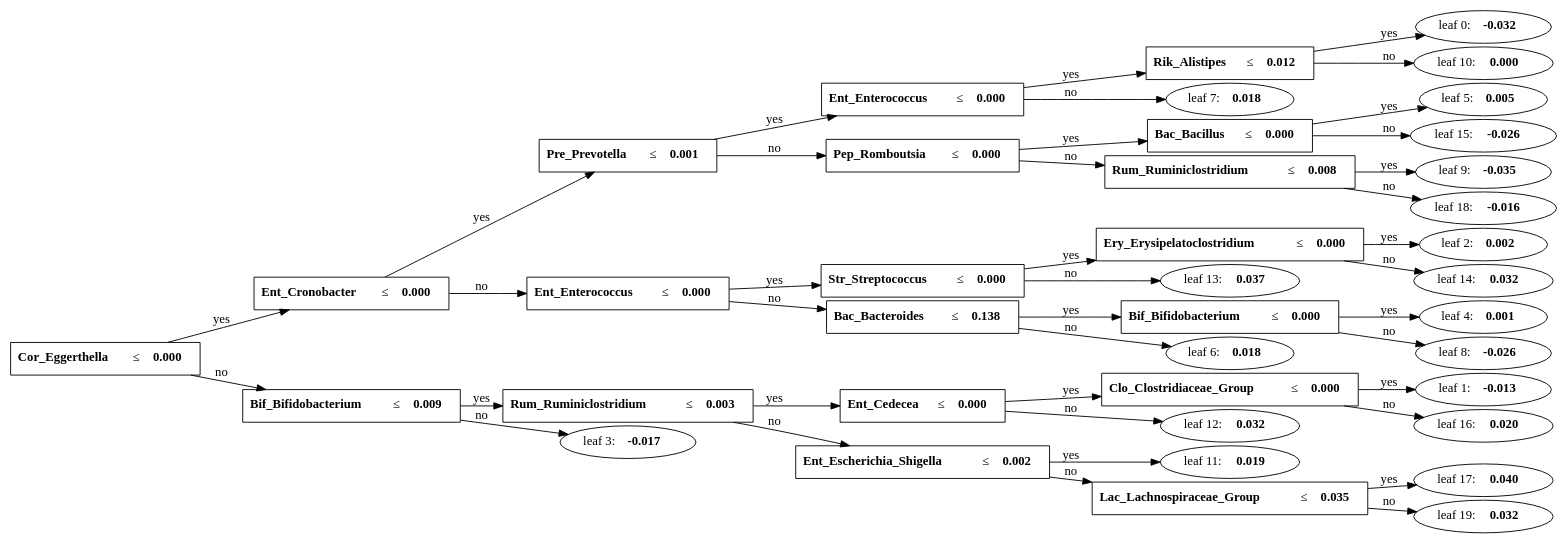
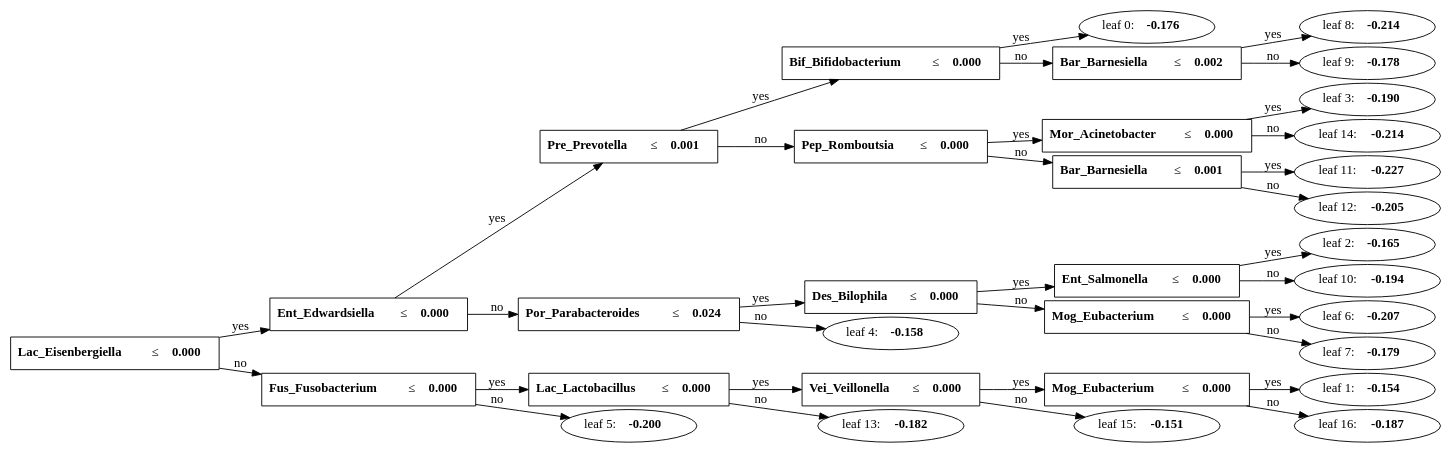
The diagram in microbial biomarkers/Tree_Autoimmune_MD.gv (BruceQD/Microbiome-based-disease-detection), drawn with Graphviz before and after one commit. The commit also changed 4 other files, not shown here.

```diff
--- a/microbial biomarkers/Tree_Autoimmune_MD.gv
+++ b/microbial biomarkers/Tree_Autoimmune_MD.gv
@@ -1,80 +1,68 @@
 digraph Tree_Autoimmune_MD {
 	graph [nodesep=0.05 rankdir=LR ranksep=0.3]
-	split0 [label=<<B>Cor_Eggerthella</B> &#8804; <B>0.000</B>> fillcolor=white shape=rectangle style=""]
-	split1 [label=<<B>Ent_Cronobacter</B> &#8804; <B>0.000</B>> fillcolor=white shape=rectangle style=""]
-	split4 [label=<<B>Pre_Prevotella</B> &#8804; <B>0.001</B>> fillcolor=white shape=rectangle style=""]
-	split6 [label=<<B>Ent_Enterococcus</B> &#8804; <B>0.000</B>> fillcolor=white shape=rectangle style=""]
-	split9 [label=<<B>Rik_Alistipes</B> &#8804; <B>0.012</B>> fillcolor=white shape=rectangle style=""]
-	leaf0 [label=<leaf 0: <B>-0.032</B>>]
-	split9 -> leaf0 [label=yes]
-	leaf10 [label=<leaf 10: <B>0.000</B>>]
+	split0 [label=<<B>Lac_Eisenbergiella</B> &#8804; <B>0.000</B>> fillcolor=white shape=rectangle style=""]
+	split1 [label=<<B>Ent_Edwardsiella</B> &#8804; <B>0.000</B>> fillcolor=white shape=rectangle style=""]
+	split2 [label=<<B>Pre_Prevotella</B> &#8804; <B>0.001</B>> fillcolor=white shape=rectangle style=""]
+	split7 [label=<<B>Bif_Bifidobacterium</B> &#8804; <B>0.000</B>> fillcolor=white shape=rectangle style=""]
+	leaf0 [label=<leaf 0: <B>-0.176</B>>]
+	split7 -> leaf0 [label=yes]
+	split8 [label=<<B>Bar_Barnesiella</B> &#8804; <B>0.002</B>> fillcolor=white shape=rectangle style=""]
+	leaf8 [label=<leaf 8: <B>-0.214</B>>]
+	split8 -> leaf8 [label=yes]
+	leaf9 [label=<leaf 9: <B>-0.178</B>>]
+	split8 -> leaf9 [label=no]
+	split7 -> split8 [label=no]
+	split2 -> split7 [label=yes]
+	split10 [label=<<B>Pep_Romboutsia</B> &#8804; <B>0.000</B>> fillcolor=white shape=rectangle style=""]
+	split13 [label=<<B>Mor_Acinetobacter</B> &#8804; <B>0.000</B>> fillcolor=white shape=rectangle style=""]
+	leaf3 [label=<leaf 3: <B>-0.190</B>>]
+	split13 -> leaf3 [label=yes]
+	leaf14 [label=<leaf 14: <B>-0.214</B>>]
+	split13 -> leaf14 [label=no]
+	split10 -> split13 [label=yes]
+	split11 [label=<<B>Bar_Barnesiella</B> &#8804; <B>0.001</B>> fillcolor=white shape=rectangle style=""]
+	leaf11 [label=<leaf 11: <B>-0.227</B>>]
+	split11 -> leaf11 [label=yes]
+	leaf12 [label=<leaf 12: <B>-0.205</B>>]
+	split11 -> leaf12 [label=no]
+	split10 -> split11 [label=no]
+	split2 -> split10 [label=no]
+	split1 -> split2 [label=yes]
+	split3 [label=<<B>Por_Parabacteroides</B> &#8804; <B>0.024</B>> fillcolor=white shape=rectangle style=""]
+	split5 [label=<<B>Des_Bilophila</B> &#8804; <B>0.000</B>> fillcolor=white shape=rectangle style=""]
+	split9 [label=<<B>Ent_Salmonella</B> &#8804; <B>0.000</B>> fillcolor=white shape=rectangle style=""]
+	leaf2 [label=<leaf 2: <B>-0.165</B>>]
+	split9 -> leaf2 [label=yes]
+	leaf10 [label=<leaf 10: <B>-0.194</B>>]
 	split9 -> leaf10 [label=no]
-	split6 -> split9 [label=yes]
-	leaf7 [label=<leaf 7: <B>0.018</B>>]
+	split5 -> split9 [label=yes]
+	split6 [label=<<B>Mog_Eubacterium</B> &#8804; <B>0.000</B>> fillcolor=white shape=rectangle style=""]
+	leaf6 [label=<leaf 6: <B>-0.207</B>>]
+	split6 -> leaf6 [label=yes]
+	leaf7 [label=<leaf 7: <B>-0.179</B>>]
 	split6 -> leaf7 [label=no]
-	split4 -> split6 [label=yes]
-	split8 [label=<<B>Pep_Romboutsia</B> &#8804; <B>0.000</B>> fillcolor=white shape=rectangle style=""]
-	split14 [label=<<B>Bac_Bacillus</B> &#8804; <B>0.000</B>> fillcolor=white shape=rectangle style=""]
-	leaf5 [label=<leaf 5: <B>0.005</B>>]
-	split14 -> leaf5 [label=yes]
-	leaf15 [label=<leaf 15: <B>-0.026</B>>]
-	split14 -> leaf15 [label=no]
-	split8 -> split14 [label=yes]
-	split17 [label=<<B>Rum_Ruminiclostridium</B> &#8804; <B>0.008</B>> fillcolor=white shape=rectangle style=""]
-	leaf9 [label=<leaf 9: <B>-0.035</B>>]
-	split17 -> leaf9 [label=yes]
-	leaf18 [label=<leaf 18: <B>-0.016</B>>]
-	split17 -> leaf18 [label=no]
-	split8 -> split17 [label=no]
-	split4 -> split8 [label=no]
-	split1 -> split4 [label=yes]
-	split3 [label=<<B>Ent_Enterococcus</B> &#8804; <B>0.000</B>> fillcolor=white shape=rectangle style=""]
-	split12 [label=<<B>Str_Streptococcus</B> &#8804; <B>0.000</B>> fillcolor=white shape=rectangle style=""]
-	split13 [label=<<B>Ery_Erysipelatoclostridium</B> &#8804; <B>0.000</B>> fillcolor=white shape=rectangle style=""]
-	leaf2 [label=<leaf 2: <B>0.002</B>>]
-	split13 -> leaf2 [label=yes]
-	leaf14 [label=<leaf 14: <B>0.032</B>>]
-	split13 -> leaf14 [label=no]
-	split12 -> split13 [label=yes]
-	leaf13 [label=<leaf 13: <B>0.037</B>>]
-	split12 -> leaf13 [label=no]
-	split3 -> split12 [label=yes]
-	split5 [label=<<B>Bac_Bacteroides</B> &#8804; <B>0.138</B>> fillcolor=white shape=rectangle style=""]
-	split7 [label=<<B>Bif_Bifidobacterium</B> &#8804; <B>0.000</B>> fillcolor=white shape=rectangle style=""]
-	leaf4 [label=<leaf 4: <B>0.001</B>>]
-	split7 -> leaf4 [label=yes]
-	leaf8 [label=<leaf 8: <B>-0.026</B>>]
-	split7 -> leaf8 [label=no]
-	split5 -> split7 [label=yes]
-	leaf6 [label=<leaf 6: <B>0.018</B>>]
-	split5 -> leaf6 [label=no]
-	split3 -> split5 [label=no]
+	split5 -> split6 [label=no]
+	split3 -> split5 [label=yes]
+	leaf4 [label=<leaf 4: <B>-0.158</B>>]
+	split3 -> leaf4 [label=no]
 	split1 -> split3 [label=no]
 	split0 -> split1 [label=yes]
-	split2 [label=<<B>Bif_Bifidobacterium</B> &#8804; <B>0.009</B>> fillcolor=white shape=rectangle style=""]
-	split10 [label=<<B>Rum_Ruminiclostridium</B> &#8804; <B>0.003</B>> fillcolor=white shape=rectangle style=""]
-	split11 [label=<<B>Ent_Cedecea</B> &#8804; <B>0.000</B>> fillcolor=white shape=rectangle style=""]
-	split15 [label=<<B>Clo_Clostridiaceae_Group</B> &#8804; <B>0.000</B>> fillcolor=white shape=rectangle style=""]
-	leaf1 [label=<leaf 1: <B>-0.013</B>>]
+	split4 [label=<<B>Fus_Fusobacterium</B> &#8804; <B>0.000</B>> fillcolor=white shape=rectangle style=""]
+	split12 [label=<<B>Lac_Lactobacillus</B> &#8804; <B>0.000</B>> fillcolor=white shape=rectangle style=""]
+	split14 [label=<<B>Vei_Veillonella</B> &#8804; <B>0.000</B>> fillcolor=white shape=rectangle style=""]
+	split15 [label=<<B>Mog_Eubacterium</B> &#8804; <B>0.000</B>> fillcolor=white shape=rectangle style=""]
+	leaf1 [label=<leaf 1: <B>-0.154</B>>]
 	split15 -> leaf1 [label=yes]
-	leaf16 [label=<leaf 16: <B>0.020</B>>]
+	leaf16 [label=<leaf 16: <B>-0.187</B>>]
 	split15 -> leaf16 [label=no]
-	split11 -> split15 [label=yes]
-	leaf12 [label=<leaf 12: <B>0.032</B>>]
-	split11 -> leaf12 [label=no]
-	split10 -> split11 [label=yes]
-	split16 [label=<<B>Ent_Escherichia_Shigella</B> &#8804; <B>0.002</B>> fillcolor=white shape=rectangle style=""]
-	leaf11 [label=<leaf 11: <B>0.019</B>>]
-	split16 -> leaf11 [label=yes]
-	split18 [label=<<B>Lac_Lachnospiraceae_Group</B> &#8804; <B>0.035</B>> fillcolor=white shape=rectangle style=""]
-	leaf17 [label=<leaf 17: <B>0.040</B>>]
-	split18 -> leaf17 [label=yes]
-	leaf19 [label=<leaf 19: <B>0.032</B>>]
-	split18 -> leaf19 [label=no]
-	split16 -> split18 [label=no]
-	split10 -> split16 [label=no]
-	split2 -> split10 [label=yes]
-	leaf3 [label=<leaf 3: <B>-0.017</B>>]
-	split2 -> leaf3 [label=no]
-	split0 -> split2 [label=no]
+	split14 -> split15 [label=yes]
+	leaf15 [label=<leaf 15: <B>-0.151</B>>]
+	split14 -> leaf15 [label=no]
+	split12 -> split14 [label=yes]
+	leaf13 [label=<leaf 13: <B>-0.182</B>>]
+	split12 -> leaf13 [label=no]
+	split4 -> split12 [label=yes]
+	leaf5 [label=<leaf 5: <B>-0.200</B>>]
+	split4 -> leaf5 [label=no]
+	split0 -> split4 [label=no]
 }
```
